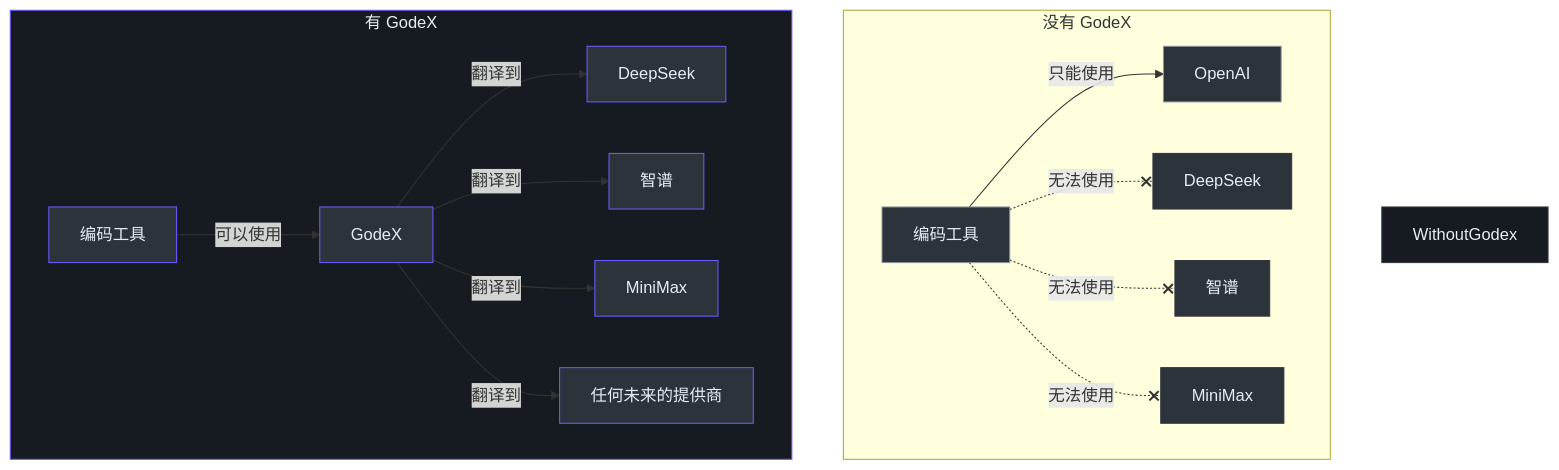
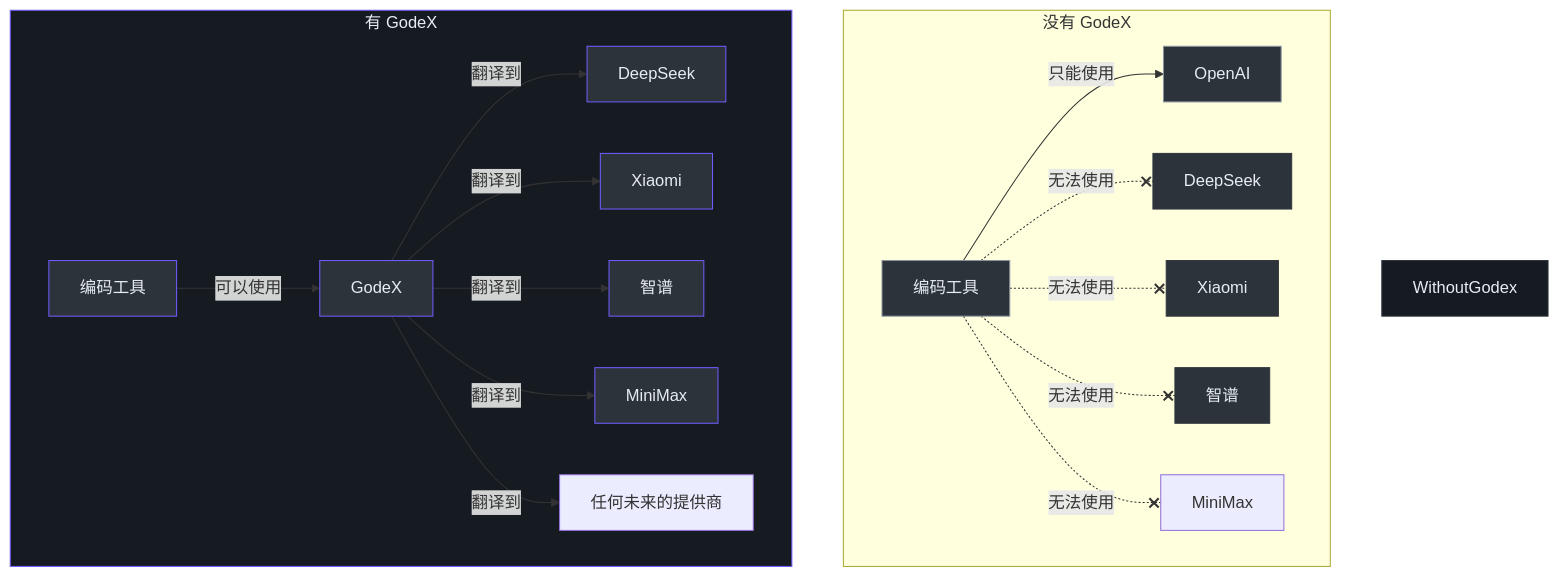
One commit to zamelee/GodeX changed the second of 5 diagrams in wiki/zh/onboarding/product-manager-guide.md. Above: the diagram before and after it, drawn with Mermaid. The commit also changed other lines of this file and 32 other files, not shown here.

````diff
--- a/wiki/zh/onboarding/product-manager-guide.md
+++ b/wiki/zh/onboarding/product-manager-guide.md
@@ -70,31 +70,33 @@
 ```mermaid
 graph TB
   subgraph WithoutGodeX["没有 GodeX"]
     W1["编码工具"] -->|只能使用| W2["OpenAI"]
     W1 -.-x|无法使用| W3["DeepSeek"]
-    W1 -.-x|无法使用| W4["智谱"]
-    W1 -.-x|无法使用| W5["MiniMax"]
+    W1 -.-x|无法使用| W4["Xiaomi"]
+    W1 -.-x|无法使用| W5["智谱"]
+    W1 -.-x|无法使用| W6["MiniMax"]
   end
 
   subgraph WithGodeX["有 GodeX"]
     G1["编码工具"] -->|可以使用| G2["GodeX"]
     G2 -->|翻译到| G3["DeepSeek"]
-    G2 -->|翻译到| G4["智谱"]
-    G2 -->|翻译到| G5["MiniMax"]
-    G2 -->|翻译到| G6["任何未来的提供商"]
+    G2 -->|翻译到| G4["Xiaomi"]
+    G2 -->|翻译到| G5["智谱"]
+    G2 -->|翻译到| G6["MiniMax"]
+    G2 -->|翻译到| G7["任何未来的提供商"]
   end
 
   style WithoutGodex fill:#161b22,stroke:#30363d,color:#e6edf3
   style WithGodeX fill:#161b22,stroke:#6d5dfc,color:#e6edf3
   style W1 fill:#2d333b,stroke:#8b949e,color:#e6edf3
   style W2 fill:#2d333b,stroke:#8b949e,color:#e6edf3
   style W3 fill:#2d333b,stroke:#30363d,color:#e6edf3
   style W4 fill:#2d333b,stroke:#30363d,color:#e6edf3
   style W5 fill:#2d333b,stroke:#30363d,color:#e6edf3
   style G1 fill:#2d333b,stroke:#6d5dfc,color:#e6edf3
   style G2 fill:#2d333b,stroke:#6d5dfc,color:#e6edf3
   style G3 fill:#2d333b,stroke:#6d5dfc,color:#e6edf3
   style G4 fill:#2d333b,stroke:#6d5dfc,color:#e6edf3
   style G5 fill:#2d333b,stroke:#6d5dfc,color:#e6edf3
   style G6 fill:#2d333b,stroke:#6d5dfc,color:#e6edf3
 ```
````
